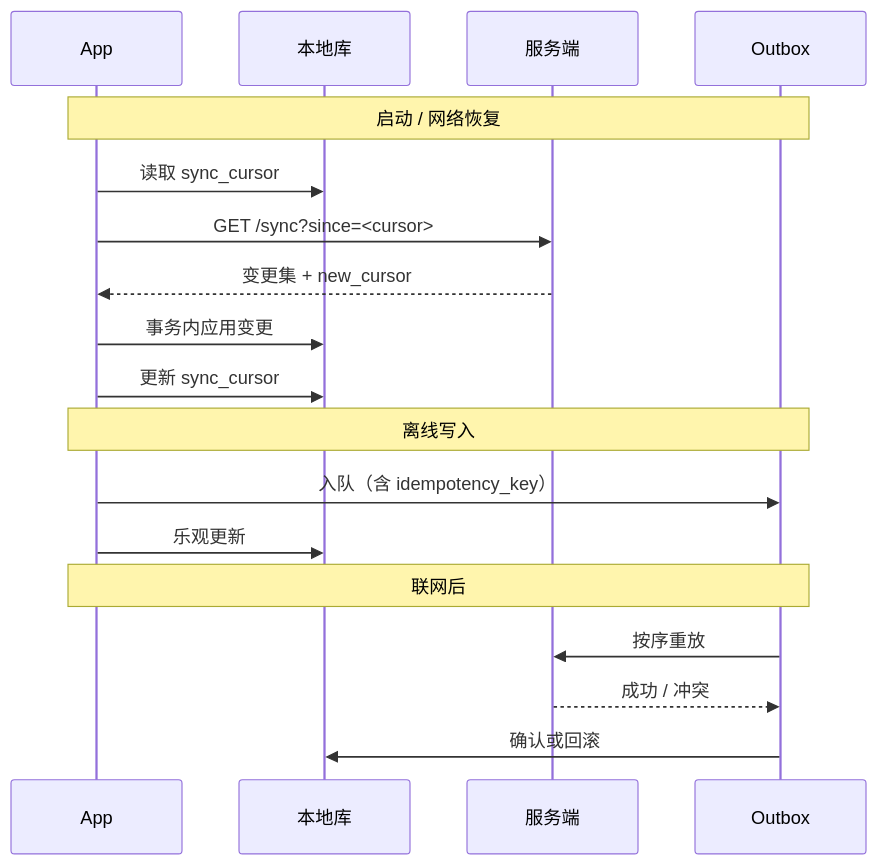
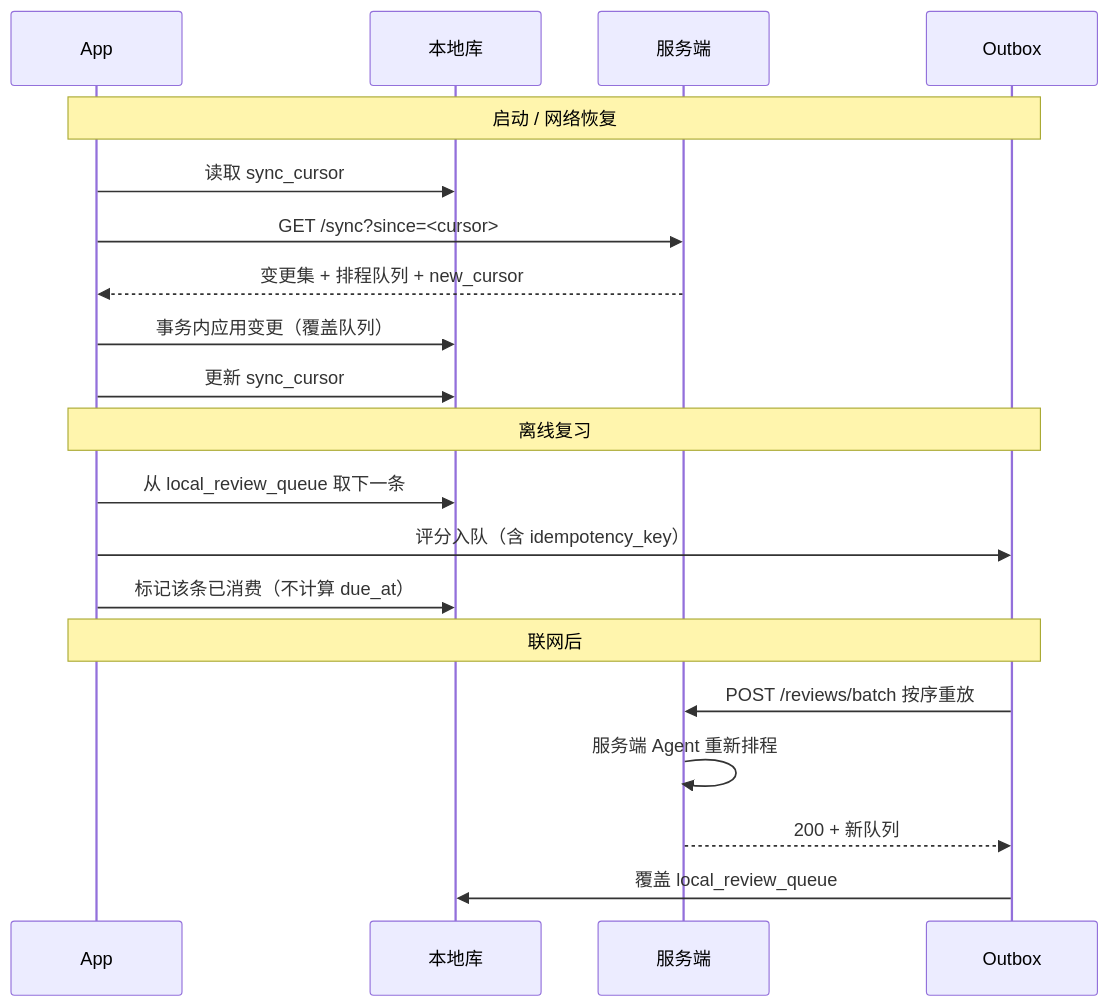
Before and after one commit to RatherHard/CardSharp: diagram 12 of 17 in docs/03-MVP设计文档.md, drawn with Mermaid. The commit also changed other lines of this file, not shown here.

First line of the commit message:
docs(design): 重写 ADR-003/004，新增排程 Agent 与卡片页面设计

````diff
--- a/docs/03-MVP设计文档.md
+++ b/docs/03-MVP设计文档.md
@@ -1033,22 +1318,25 @@
 ```mermaid
 sequenceDiagram
     participant App
     participant Local as 本地库
     participant API as 服务端
     participant Outbox
 
     Note over App,Outbox: 启动 / 网络恢复
     App->>Local: 读取 sync_cursor
     App->>API: GET /sync?since=<cursor>
-    API-->>App: 变更集 + new_cursor
-    App->>Local: 事务内应用变更
+    API-->>App: 变更集 + 排程队列 + new_cursor
+    App->>Local: 事务内应用变更（覆盖队列）
     App->>Local: 更新 sync_cursor
 
-    Note over App,Outbox: 离线写入
-    App->>Outbox: 入队（含 idempotency_key）
-    App->>Local: 乐观更新
+    Note over App,Outbox: 离线复习
+    App->>Local: 从 local_review_queue 取下一条
+    App->>Outbox: 评分入队（含 idempotency_key）
+    App->>Local: 标记该条已消费（不计算 due_at）
+
     Note over App,Outbox: 联网后
-    Outbox->>API: 按序重放
-    API-->>Outbox: 成功 / 冲突
-    Outbox->>Local: 确认或回滚
+    Outbox->>API: POST /reviews/batch 按序重放
+    API->>API: 服务端 Agent 重新排程
+    API-->>Outbox: 200 + 新队列
+    Outbox->>Local: 覆盖 local_review_queue
 ```
````
